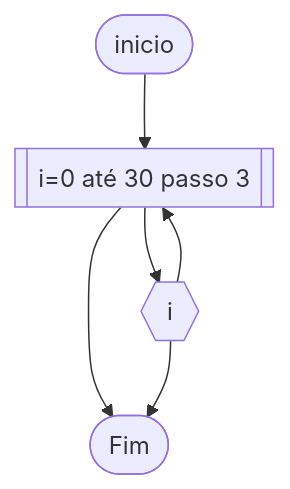
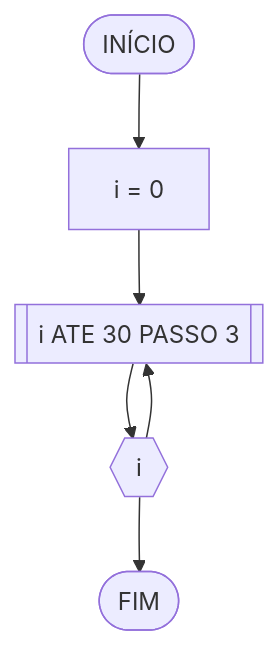
The tenth of 12 diagrams in RLA /AD1/AV1.md (Danil0Ribeir0/UNIFOR), drawn with Mermaid before and after one commit. The commit also changed other lines of this file, not shown here.

````diff
--- a/RLA /AD1/AV1.md
+++ b/RLA /AD1/AV1.md
@@ -393,8 +390,8 @@
 ```mermaid
 flowchart TD
-A([inicio])-->B[[i=0 até 30 passo 3]]
-B-->C{{i}}
-C-->B
-B-->D
-C-->D([Fim])
+A([INÍCIO]) --> B[i = 0]
+B --> C[[i ATE 30 PASSO 3]]
+C --> D{{i}}
+D --> C
+D --> Z([FIM])
 ```
````
